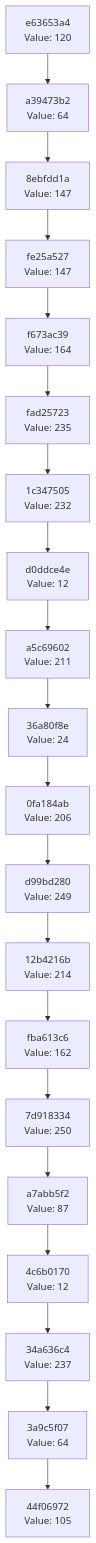
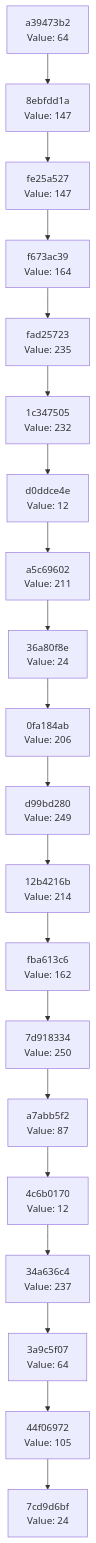
The diagram in docs/CHAIN_VISUALIZATION.md (Abhisheksinha1506/hash-chain-evolver), drawn with Mermaid before and after one commit. The commit also changed 3 other files, not shown here.

````diff
--- a/docs/CHAIN_VISUALIZATION.md
+++ b/docs/CHAIN_VISUALIZATION.md
@@ -3,42 +3,42 @@
 ```mermaid
 graph TD
-    C0["44f06972<br/>Value: 105"]
-    C1["3a9c5f07<br/>Value: 64"]
+    C0["7cd9d6bf<br/>Value: 24"]
+    C1["44f06972<br/>Value: 105"]
     C1 --> C0
-    C2["34a636c4<br/>Value: 237"]
+    C2["3a9c5f07<br/>Value: 64"]
     C2 --> C1
-    C3["4c6b0170<br/>Value: 12"]
+    C3["34a636c4<br/>Value: 237"]
     C3 --> C2
-    C4["a7abb5f2<br/>Value: 87"]
+    C4["4c6b0170<br/>Value: 12"]
     C4 --> C3
-    C5["7d918334<br/>Value: 250"]
+    C5["a7abb5f2<br/>Value: 87"]
     C5 --> C4
-    C6["fba613c6<br/>Value: 162"]
+    C6["7d918334<br/>Value: 250"]
     C6 --> C5
-    C7["12b4216b<br/>Value: 214"]
+    C7["fba613c6<br/>Value: 162"]
     C7 --> C6
-    C8["d99bd280<br/>Value: 249"]
+    C8["12b4216b<br/>Value: 214"]
     C8 --> C7
-    C9["0fa184ab<br/>Value: 206"]
+    C9["d99bd280<br/>Value: 249"]
     C9 --> C8
-    C10["36a80f8e<br/>Value: 24"]
+    C10["0fa184ab<br/>Value: 206"]
     C10 --> C9
-    C11["a5c69602<br/>Value: 211"]
+    C11["36a80f8e<br/>Value: 24"]
     C11 --> C10
-    C12["d0ddce4e<br/>Value: 12"]
+    C12["a5c69602<br/>Value: 211"]
     C12 --> C11
-    C13["1c347505<br/>Value: 232"]
+    C13["d0ddce4e<br/>Value: 12"]
     C13 --> C12
-    C14["fad25723<br/>Value: 235"]
+    C14["1c347505<br/>Value: 232"]
     C14 --> C13
-    C15["f673ac39<br/>Value: 164"]
+    C15["fad25723<br/>Value: 235"]
     C15 --> C14
-    C16["fe25a527<br/>Value: 147"]
+    C16["f673ac39<br/>Value: 164"]
     C16 --> C15
-    C17["8ebfdd1a<br/>Value: 147"]
+    C17["fe25a527<br/>Value: 147"]
     C17 --> C16
-    C18["a39473b2<br/>Value: 64"]
+    C18["8ebfdd1a<br/>Value: 147"]
     C18 --> C17
-    C19["e63653a4<br/>Value: 120"]
+    C19["a39473b2<br/>Value: 64"]
     C19 --> C18
 ```
````
